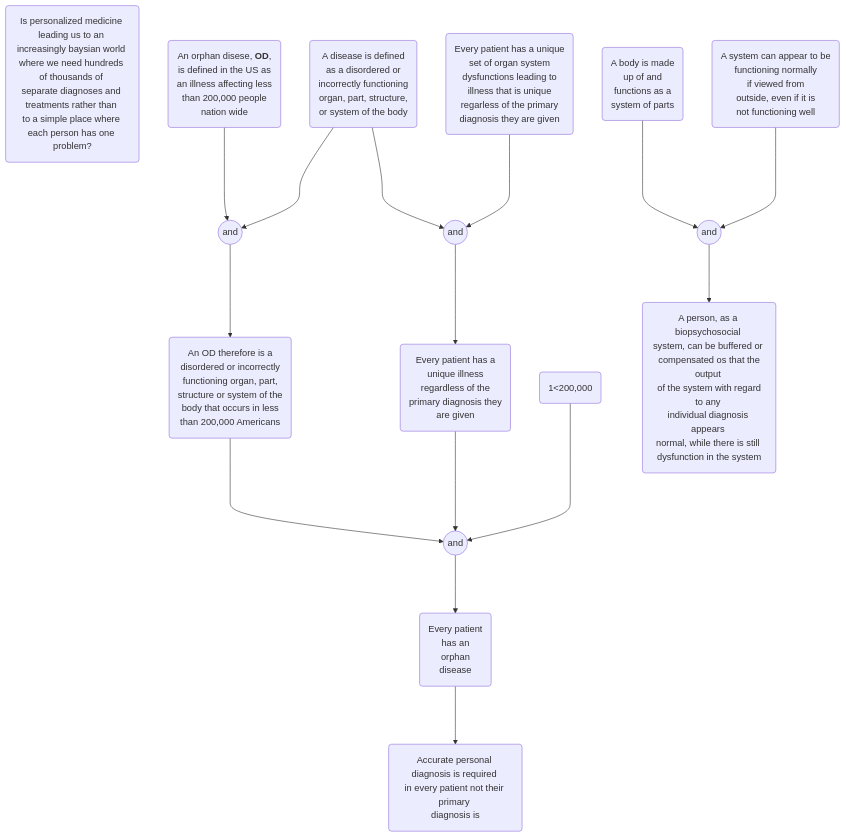
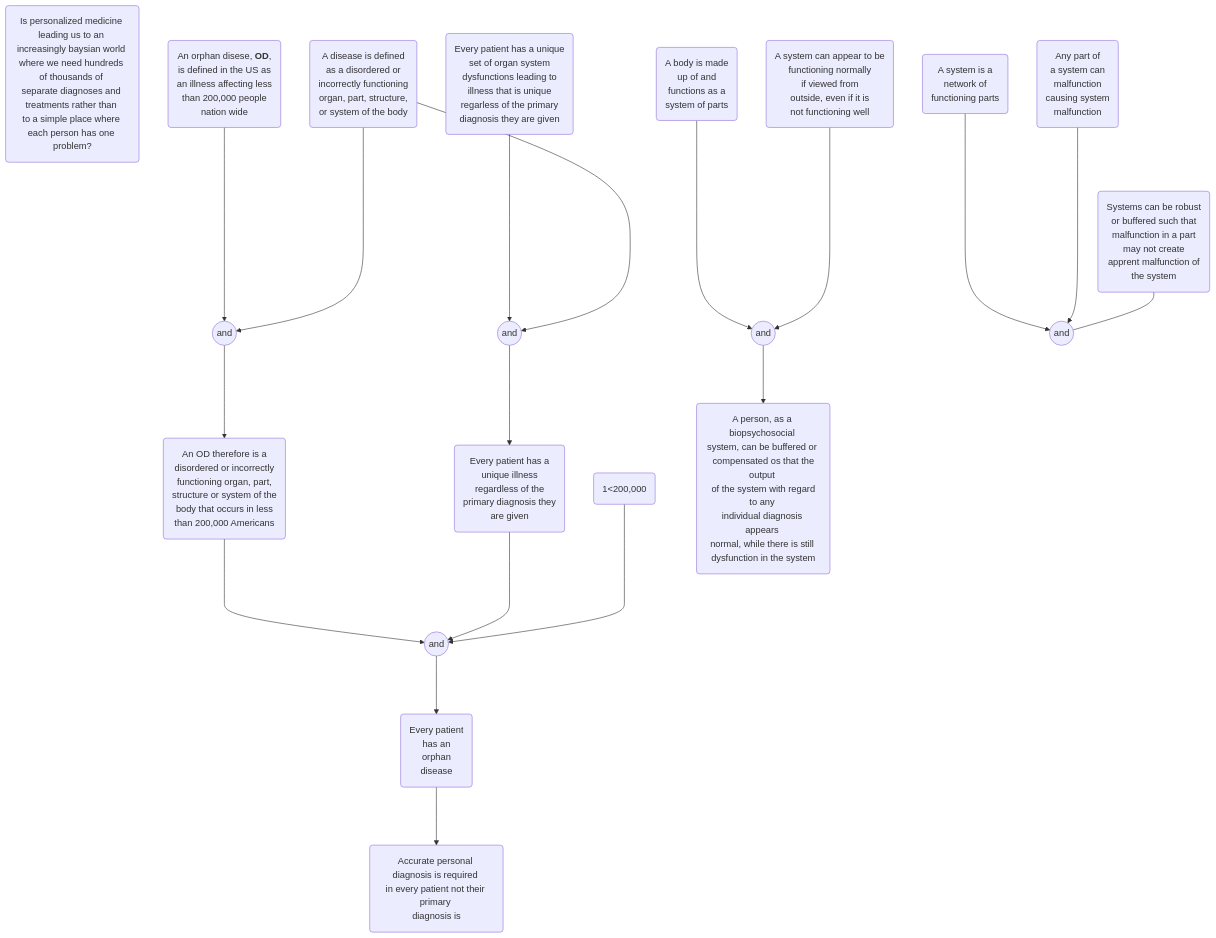
One commit to hwetsman/TOC_Trees changed the diagram in Orphan_Diseases.md. Above: the diagram before and after it, drawn with Mermaid.

Commit message:
Code:begin leg 3

````diff
--- a/Orphan_Diseases.md
+++ b/Orphan_Diseases.md
@@ -3,38 +3,46 @@
 ```mermaid
 flowchart TD
 proposition(Is personalized medicine <br>leading us to an <br>increasingly baysian world <br>where we need hundreds <br>of thousands of <br>separate diagnoses and <br>treatments rather than <br>to a simple place where <br>each person has one problem?)
 
 orphan(An orphan disese, <b>OD</b>, <br>is defined in the US as <br>an illness affecting less <br>than 200,000 people <br> nation wide)
 disease(A disease is defined <br>as a disordered or <br>incorrectly functioning <br>organ, part, structure, <br>or system of the body)
 and1((and))
     orphan--->and1
     disease--->and1
 every_pt(Every patient has a unique <br>set of organ system <br>dysfunctions leading to <br>illness that is unique <br>regarless of the primary <br>diagnosis they are given)
 and2((and))
     every_pt--->and2
     disease--->and2
 OD_def(An OD therefore is a <br>disordered or incorrectly <br> functioning organ, part, <br>structure or system of the <br>body that occurs in less <br>than 200,000 Americans)
     and1--->OD_def
 every_pt2(Every patient has a <br>unique illness <br>regardless of the <br> primary diagnosis they <br>are given)
     and2--->every_pt2
 logic(1<200,000)
 and3((and))
     OD_def--->and3
     every_pt2--->and3
     logic--->and3
 every_pt3(Every patient <br>has an <br>orphan <br>disease)
     and3--->every_pt3
 accurate(Accurate personal <br>diagnosis is required <br>in every patient not <brmatter how common <br>their primary <br>diagnosis is)
     every_pt3--->accurate
 
 body(A body is made <br>up of and <br>functions as a <br>system of parts)
 systems(A system can appear to be <br>functioning normally <br>if viewed from <br> outside, even if it is <br>not functioning well)
 and4((and))
     body--->and4
     systems--->and4
 persons(A person, as a biopsychosocial <br>system, can be buffered or <br> compensated os that the output <br> of the system with regard to any <br>individual diagnosis appears <br>normal, while there is still <br>dysfunction in the system)
     and4--->persons
 
+system(A system is a <br>network of <br>functioning parts)
+any_system(Any part of <br>a system can <br>malfunction <br> causing system <br>malfunction)
+buffered(Systems can be robust <br>or buffered such that <br>malfunction in a part <br>may not create <br>apprent malfunction of <br>the system)
+and5((and))
+    system--->and5
+    any_system--->and5
+    buffered---and5
+    
 
 
 ```
````
